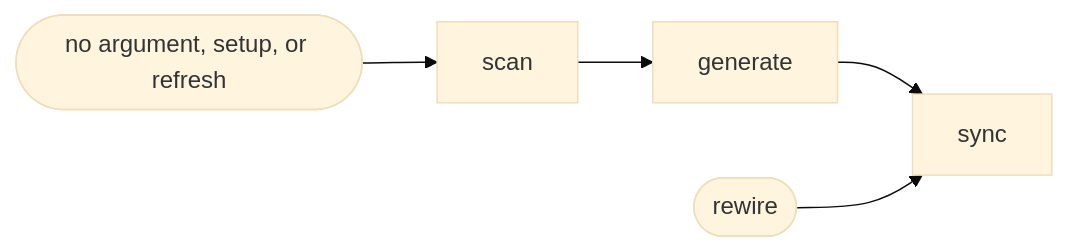
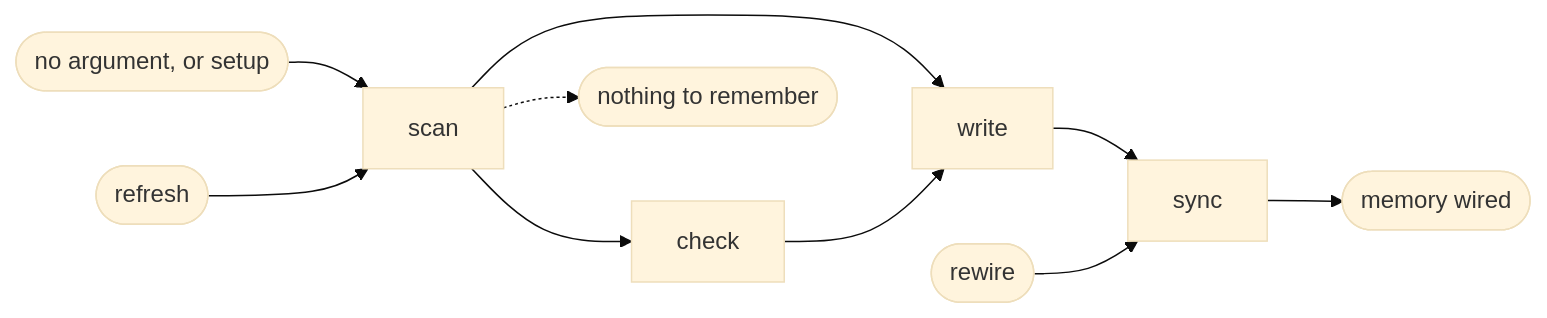
The diagram in plugins/aidd-context/skills/02-project-memory/SKILL.md (ai-driven-dev/aidd-framework), drawn with Mermaid (base theme) before and after one commit. The commit also changed other lines of this file and 29 other files, not shown here.

````diff
--- a/plugins/aidd-context/skills/02-project-memory/SKILL.md
+++ b/plugins/aidd-context/skills/02-project-memory/SKILL.md
@@ -9,5 +9,7 @@
 ```mermaid
 flowchart LR
-  build([no argument, setup, or refresh]) --> scan --> generate --> sync
+  new([no argument, or setup]) --> scan --> write --> sync --> wired([memory wired])
+  update([refresh]) --> scan --> check --> write
   rewire([rewire]) --> sync
+  scan -.-> empty([nothing to remember])
 ```
````
